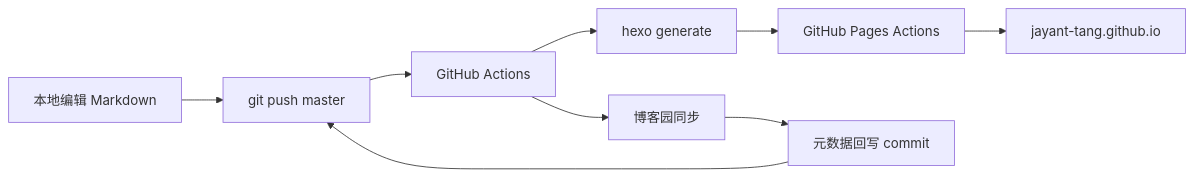
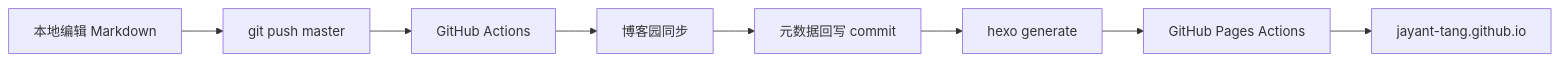
Before and after one commit to Jayant-Tang/Jayant-Tang.github.io: the diagram in docs/ARCHITECTURE.md, drawn with Mermaid. The commit also changed other lines of this file and 3 other files, not shown here.

````diff
--- a/docs/ARCHITECTURE.md
+++ b/docs/ARCHITECTURE.md
@@ -7,11 +7,10 @@
 ```mermaid
 flowchart LR
   Dev[本地编辑 Markdown] --> Push[git push master]
   Push --> CI[GitHub Actions]
   CI --> Cnblogs[博客园同步]
-  CI --> Build[hexo generate]
+  Cnblogs --> Backfill[元数据回写 commit]
+  Backfill --> Build[hexo generate]
   Build --> Pages[GitHub Pages Actions]
   Pages --> Site[jayant-tang.github.io]
-  Cnblogs --> Backfill[元数据回写 commit]
-  Backfill --> Push
 ```
````
